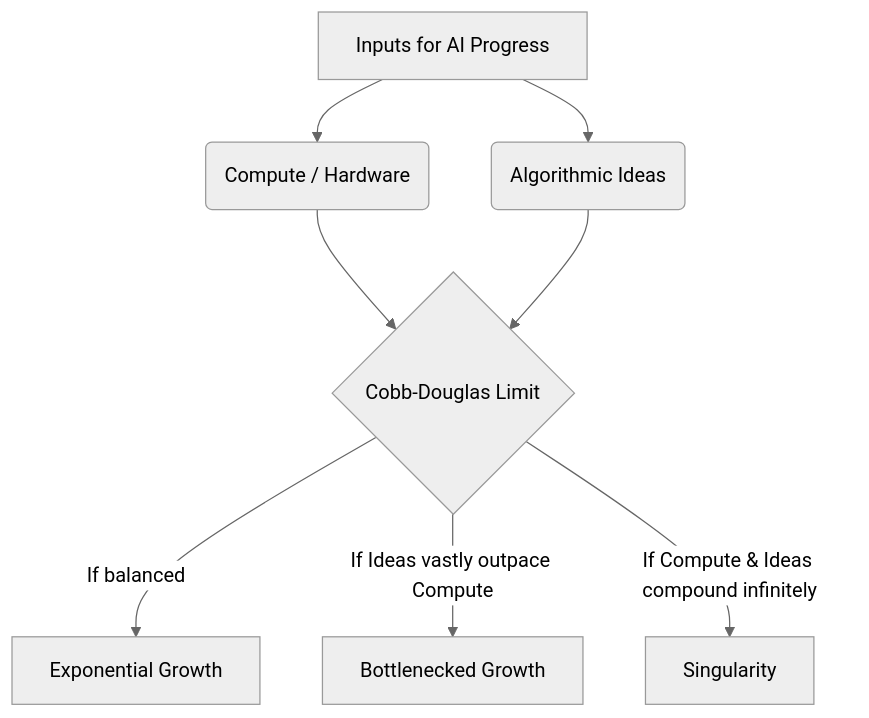
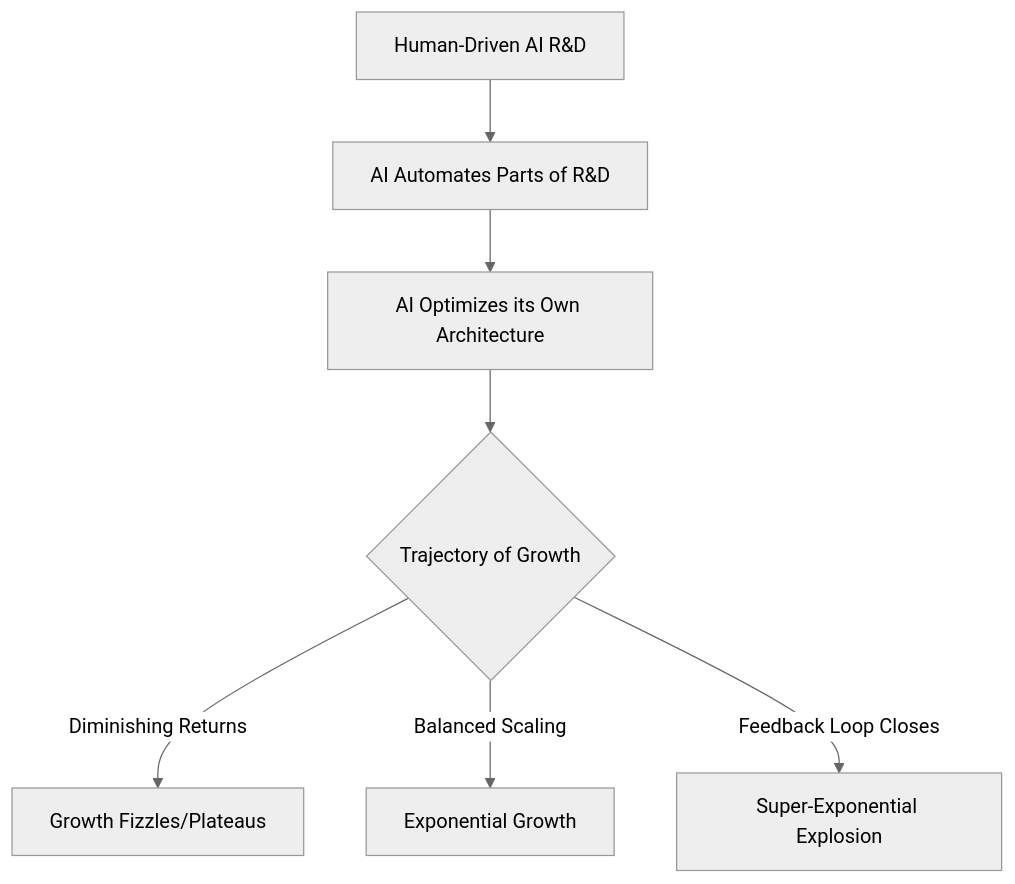
One commit to aryansi225/Learning_ai changed diagram 17 of 19 in AI Safety/CS2281.md. Above: the diagram before and after it, drawn with Mermaid (neutral theme). The commit also changed other lines of this file, not shown here.

````diff
--- a/AI Safety/CS2281.md
+++ b/AI Safety/CS2281.md
@@ -433,10 +410,9 @@
 ```mermaid
 graph TD
-    A[Inputs for AI Progress] --> B(Compute / Hardware)
-    A --> C(Algorithmic Ideas)
-    B --> D{Cobb-Douglas Limit}
-    C --> D
-    D -->|If balanced| E[Exponential Growth]
-    D -->|If Ideas vastly outpace Compute| F[Bottlenecked Growth]
-    D -->|If Compute & Ideas compound infinitely| G[Singularity]
+    A[Human-Driven AI R&D] --> B[AI Automates Parts of R&D]
+    B --> C[AI Optimizes its Own Architecture]
+    C --> D{Trajectory of Growth}
+    D -->|Diminishing Returns| E[Growth Fizzles/Plateaus]
+    D -->|Balanced Scaling| F[Exponential Growth]
+    D -->|Feedback Loop Closes| G[Super-Exponential Explosion]
 ```
````
